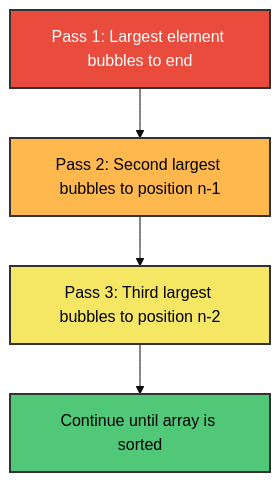
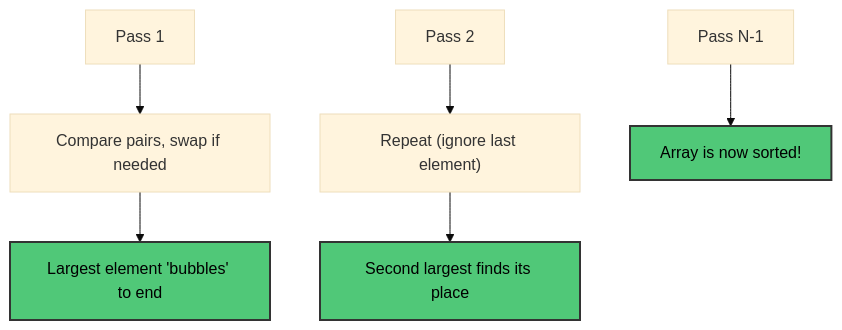
Diagram 19 of 39 in Chapter 4 - Arrays, Records and Pointers/README.md (M-F-Tushar/CSE-2101-Data-Structure), drawn with Mermaid (base theme) before and after one commit. The commit also changed other lines of this file, not shown here.

````diff
--- a/Chapter 4 - Arrays, Records and Pointers/README.md
+++ b/Chapter 4 - Arrays, Records and Pointers/README.md
@@ -663,11 +570,14 @@
 ```mermaid
 graph TD
-    A["Pass 1: Largest element bubbles to end"] --> B["Pass 2: Second largest bubbles to position n-1"]
-    B --> C["Pass 3: Third largest bubbles to position n-2"]
-    C --> D["Continue until array is sorted"]
+    A["Pass 1"] --> A1["Compare pairs, swap if needed"]
+    A1 --> A2["Largest element 'bubbles' to end"]
     
-    style A fill:#E94B3C,stroke:#333,stroke-width:2px,color:#fff
-    style B fill:#FFB84D,stroke:#333,stroke-width:2px,color:#000
-    style C fill:#F5E663,stroke:#333,stroke-width:2px,color:#000
-    style D fill:#50C878,stroke:#333,stroke-width:2px,color:#000
+    B["Pass 2"] --> B1["Repeat (ignore last element)"]
+    B1 --> B2["Second largest finds its place"]
+    
+    C["Pass N-1"] --> C1["Array is now sorted!"]
+    
+    style A2 fill:#50C878,stroke:#333,stroke-width:2px,color:#000
+    style B2 fill:#50C878,stroke:#333,stroke-width:2px,color:#000
+    style C1 fill:#50C878,stroke:#333,stroke-width:2px,color:#000
 ```
````
